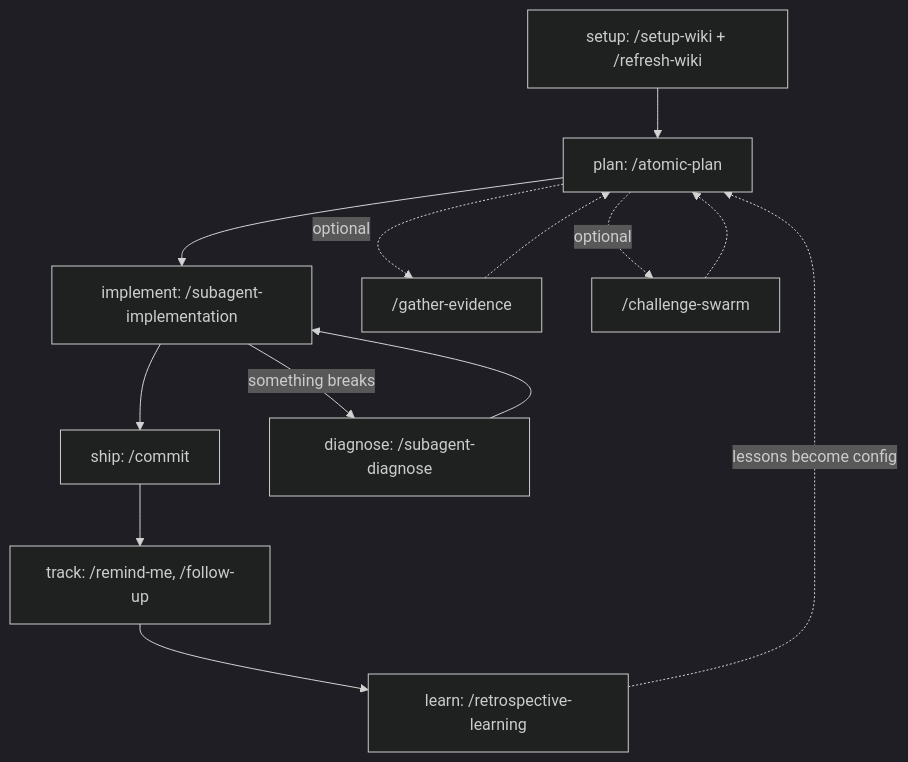
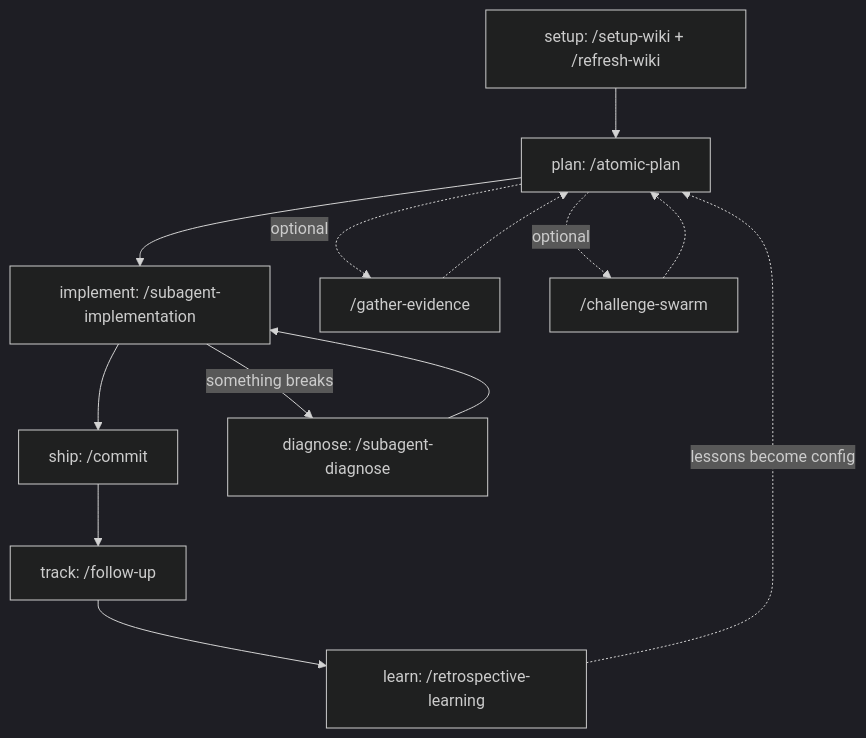
The first of 2 diagrams in docs/reference/workflow.md (damusix/atomic-claude), drawn with Mermaid (dark theme) before and after one commit. The commit also changed other lines of this file and 795 other files, not shown here.

````diff
--- a/docs/reference/workflow.md
+++ b/docs/reference/workflow.md
@@ -9,15 +9,15 @@
 ```mermaid
 flowchart TD
     S["setup: /setup-wiki + /refresh-wiki"] --> P["plan: /atomic-plan"]
     P --> I["implement: /subagent-implementation"]
     I --> SH["ship: /commit"]
-    SH --> T["track: /remind-me, /follow-up"]
+    SH --> T["track: /follow-up"]
     T --> R["learn: /retrospective-learning"]
     R -.->|lessons become config| P
     I -->|something breaks| D["diagnose: /subagent-diagnose"]
     D --> I
     P -.->|optional| GE["/gather-evidence"]
     P -.->|optional| CS["/challenge-swarm"]
     GE -.-> P
     CS -.-> P
 ```
````
